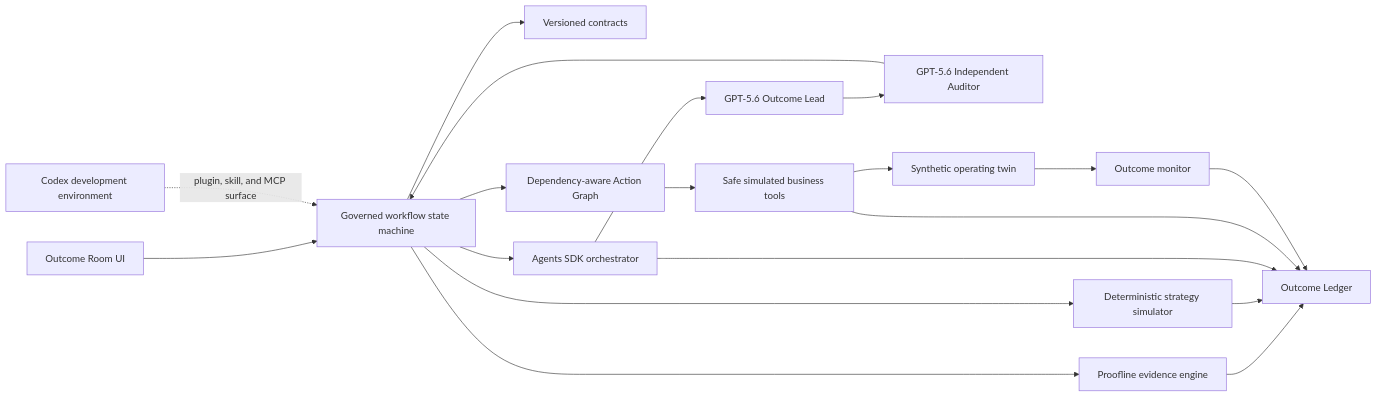
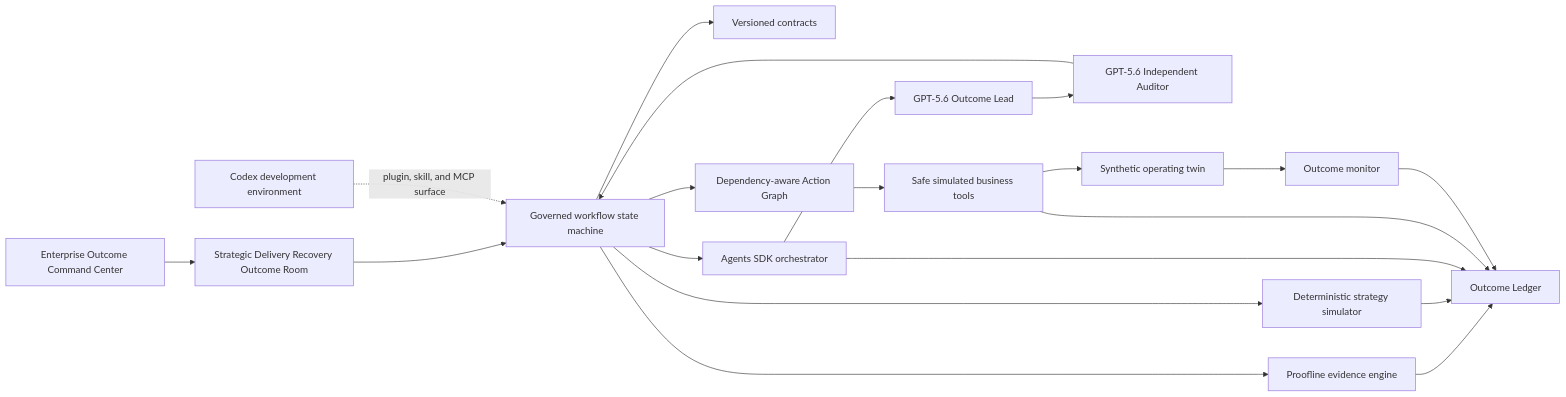
The diagram in docs/ARCHITECTURE.md (pvisputeg/PACT), drawn with Mermaid before and after one commit. The commit also changed other lines of this file and 3 other files, not shown here.

````diff
--- a/docs/ARCHITECTURE.md
+++ b/docs/ARCHITECTURE.md
@@ -13,21 +13,22 @@
 ```mermaid
 flowchart LR
-    UI[Outcome Room UI] --> WF[Governed workflow state machine]
+    CC[Enterprise Outcome Command Center] --> UI[Strategic Delivery Recovery Outcome Room]
+    UI --> WF[Governed workflow state machine]
     WF --> CT[Versioned contracts]
     WF --> PE[Proofline evidence engine]
     WF --> SE[Deterministic strategy simulator]
     WF --> AO[Agents SDK orchestrator]
     AO --> GL[GPT-5.6 Outcome Lead]
     GL --> GA[GPT-5.6 Independent Auditor]
     GA --> WF
     WF --> TG[Dependency-aware Action Graph]
     TG --> BT[Safe simulated business tools]
     BT --> DT[Synthetic operating twin]
     DT --> OM[Outcome monitor]
     PE --> OL[Outcome Ledger]
     SE --> OL
     AO --> OL
     BT --> OL
     OM --> OL
     CX[Codex development environment] -. plugin, skill, and MCP surface .-> WF
 ```
````
